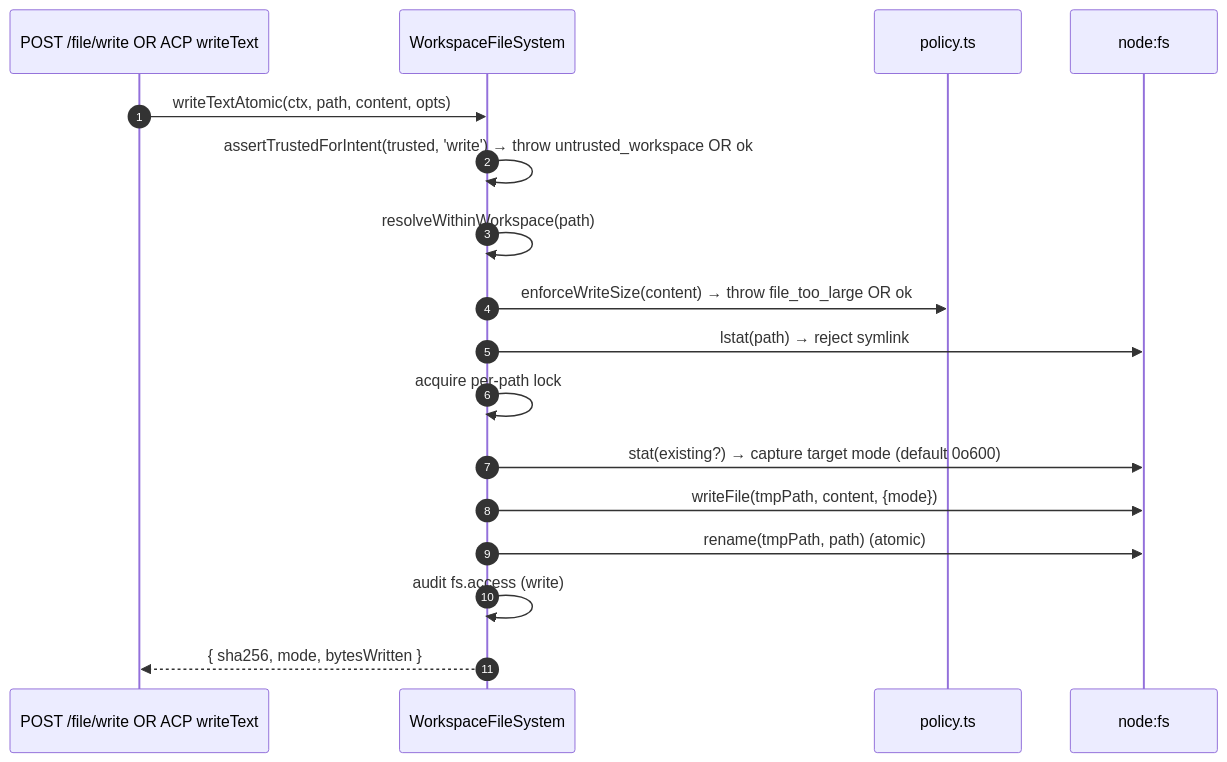
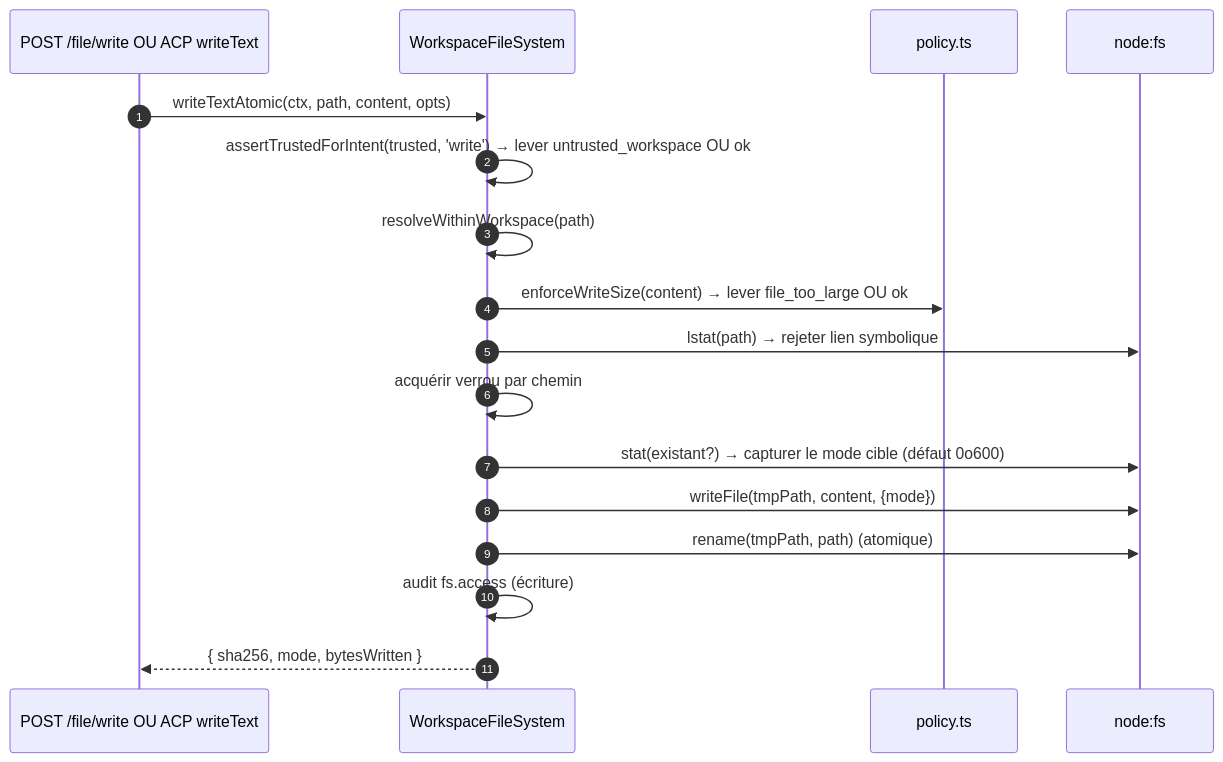
One commit to QwenLM/qwen-code-docs changed the second of 3 diagrams in website/content/fr/developers/daemon/07-workspace-filesystem.md. Above: the diagram before and after it, drawn with Mermaid. The commit also changed other lines of this file and 1077 other files, not shown here.

````diff
--- a/website/content/fr/developers/daemon/07-workspace-filesystem.md
+++ b/website/content/fr/developers/daemon/07-workspace-filesystem.md
@@ -146,20 +148,20 @@
 ```mermaid
 sequenceDiagram
     autonumber
-    participant R as POST /file/write OR ACP writeText
+    participant R as POST /file/write OU ACP writeText
     participant FS as WorkspaceFileSystem
     participant POL as policy.ts
     participant FSP as node:fs
 
     R->>FS: writeTextAtomic(ctx, path, content, opts)
-    FS->>FS: assertTrustedForIntent(trusted, 'write') → throw untrusted_workspace OR ok
+    FS->>FS: assertTrustedForIntent(trusted, 'write') → lever untrusted_workspace OU ok
     FS->>FS: resolveWithinWorkspace(path)
-    FS->>POL: enforceWriteSize(content) → throw file_too_large OR ok
-    FS->>FSP: lstat(path) → reject symlink
-    FS->>FS: acquire per-path lock
-    FS->>FSP: stat(existing?) → capture target mode (default 0o600)
+    FS->>POL: enforceWriteSize(content) → lever file_too_large OU ok
+    FS->>FSP: lstat(path) → rejeter lien symbolique
+    FS->>FS: acquérir verrou par chemin
+    FS->>FSP: stat(existant?) → capturer le mode cible (défaut 0o600)
     FS->>FSP: writeFile(tmpPath, content, {mode})
-    FS->>FSP: rename(tmpPath, path) (atomic)
-    FS->>FS: audit fs.access (write)
+    FS->>FSP: rename(tmpPath, path) (atomique)
+    FS->>FS: audit fs.access (écriture)
     FS-->>R: { sha256, mode, bytesWritten }
 ```
````
